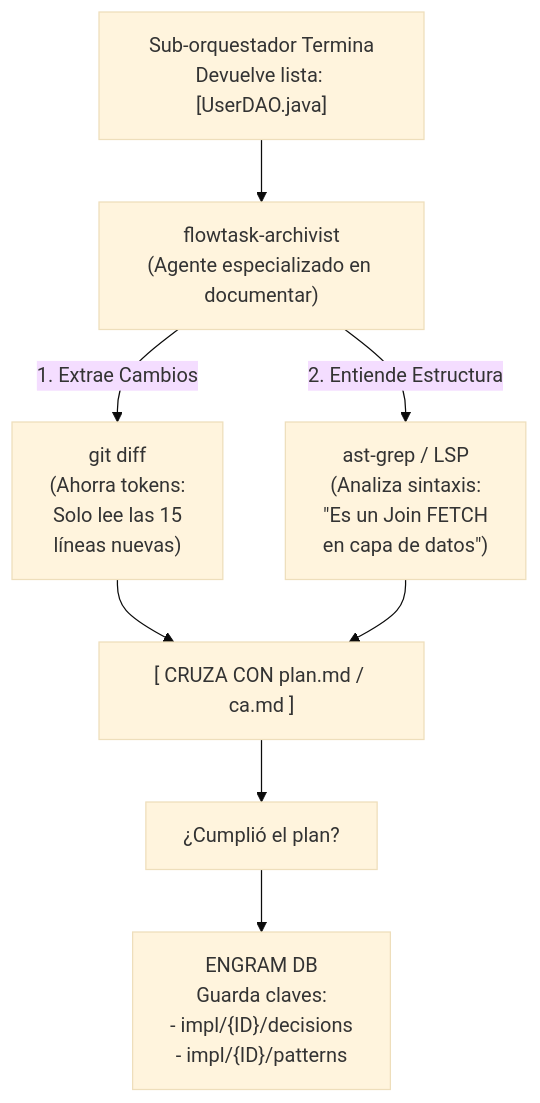
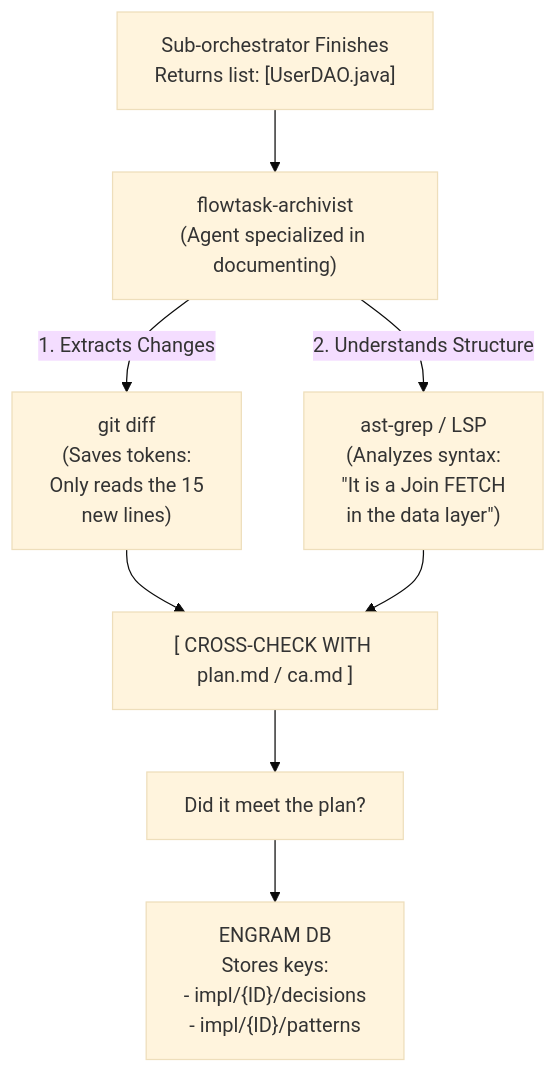
Before and after one commit to Saez520/flowtask: the diagram in docs/architecture/sub-agent-archivista.md, drawn with Mermaid (base theme). The commit also changed other lines of this file and 57 other files, not shown here.

````diff
--- a/docs/architecture/sub-agent-archivista.md
+++ b/docs/architecture/sub-agent-archivista.md
@@ -5,18 +5,18 @@
 ```mermaid
 flowchart TD
-    SUBORQ["Sub-orquestador Termina<br/>Devuelve lista: [UserDAO.java]"]
-    ARCHIVIST["flowtask-archivist<br/>(Agente especializado en documentar)"]
-    GITDIFF["git diff<br/>(Ahorra tokens:<br/>Solo lee las 15<br/>líneas nuevas)"]
-    ASTGREP["ast-grep / LSP<br/>(Analiza sintaxis:<br/>#quot;Es un Join FETCH<br/>en capa de datos#quot;)"]
-    CRUZA["[ CRUZA CON plan.md / ca.md ]"]
-    PREGUNTA["¿Cumplió el plan?"]
-    ENGRAM["ENGRAM DB<br/>Guarda claves:<br/>- impl/{ID}/decisions<br/>- impl/{ID}/patterns"]
+    SUBORQ["Sub-orchestrator Finishes<br/>Returns list: [UserDAO.java]"]
+    ARCHIVIST["flowtask-archivist<br/>(Agent specialized in documenting)"]
+    GITDIFF["git diff<br/>(Saves tokens:<br/>Only reads the 15<br/>new lines)"]
+    ASTGREP["ast-grep / LSP<br/>(Analyzes syntax:<br/>#quot;It is a Join FETCH<br/>in the data layer#quot;)"]
+    CRUZA["[ CROSS-CHECK WITH plan.md / ca.md ]"]
+    PREGUNTA["Did it meet the plan?"]
+    ENGRAM["ENGRAM DB<br/>Stores keys:<br/>- impl/{ID}/decisions<br/>- impl/{ID}/patterns"]
 
     SUBORQ --> ARCHIVIST
-    ARCHIVIST -->|"1. Extrae Cambios"| GITDIFF
-    ARCHIVIST -->|"2. Entiende Estructura"| ASTGREP
+    ARCHIVIST -->|"1. Extracts Changes"| GITDIFF
+    ARCHIVIST -->|"2. Understands Structure"| ASTGREP
     GITDIFF --> CRUZA
     ASTGREP --> CRUZA
     CRUZA --> PREGUNTA
     PREGUNTA --> ENGRAM
 ```
````
